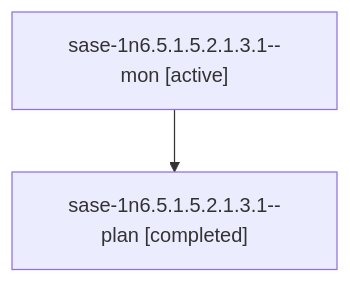
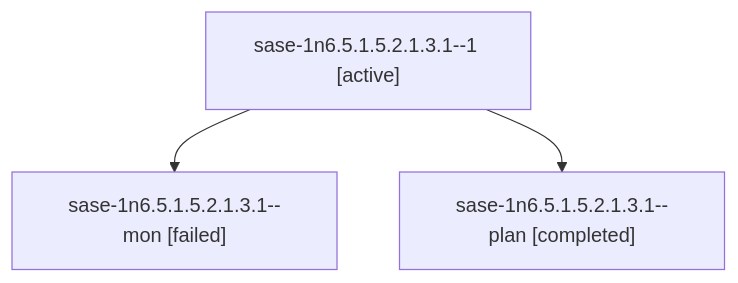
The diagram in sessions/bbugyi200.athena.sase-1n6.5.1.5.2.1.3.1.md (sase-org/sase--agents), drawn with Mermaid before and after one commit. The commit also changed other lines of this file and 274 other files, not shown here.

````diff
--- a/sessions/bbugyi200.athena.sase-1n6.5.1.5.2.1.3.1.md
+++ b/sessions/bbugyi200.athena.sase-1n6.5.1.5.2.1.3.1.md
@@ -9,6 +9,8 @@
 ```mermaid
 flowchart TD
-  n0["sase-1n6.5.1.5.2.1.3.1--mon [active]"]
-  n1["sase-1n6.5.1.5.2.1.3.1--plan [completed]"]
+  n0["sase-1n6.5.1.5.2.1.3.1--1 [active]"]
+  n1["sase-1n6.5.1.5.2.1.3.1--mon [failed]"]
   n0 --> n1
+  n2["sase-1n6.5.1.5.2.1.3.1--plan [completed]"]
+  n0 --> n2
 ```
````
